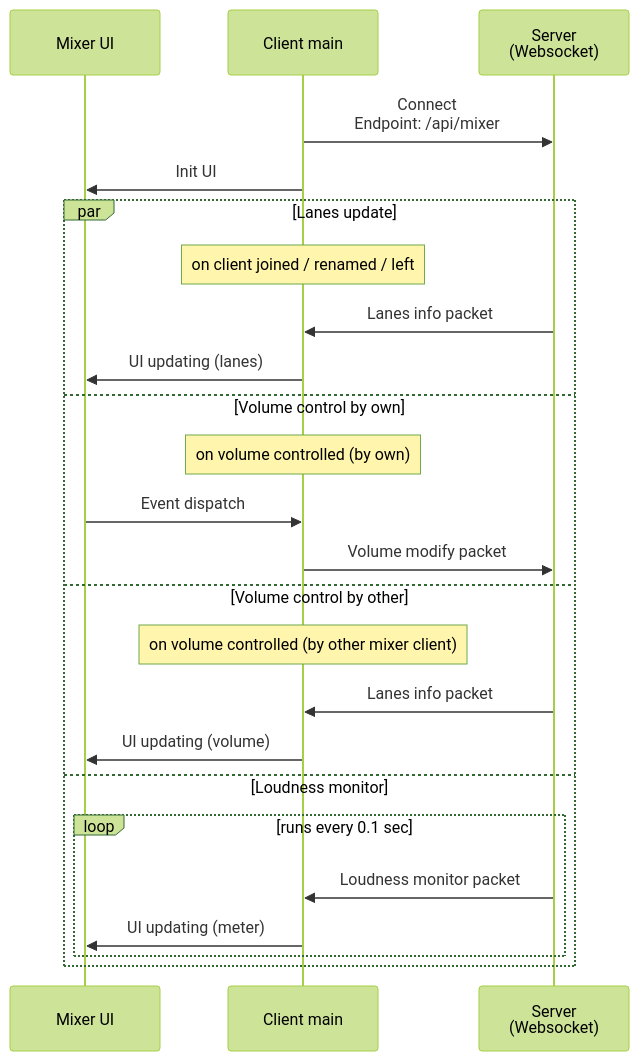
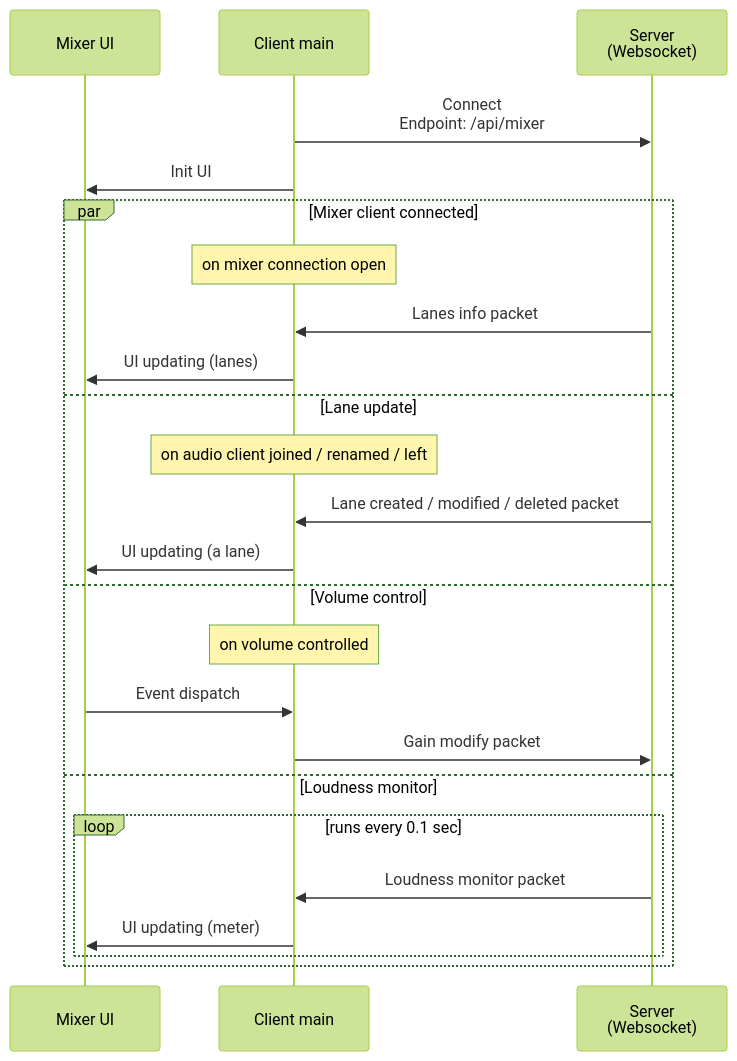
The diagram in designs/mixer-client-sequence.md (aKuad/web-intercom), drawn with Mermaid (forest theme) before and after one commit. The commit also changed 1 other file, not shown here.

Commit message:
Mod: Sequense documentation for `lane-created/modified/deleted` protocols addition

````diff
--- a/designs/mixer-client-sequence.md
+++ b/designs/mixer-client-sequence.md
@@ -3,28 +3,28 @@
 ```mermaid
 sequenceDiagram
   participant MU as Mixer UI
   participant CM as Client main
   participant WSS as Server<br>(Websocket)
 
   CM->>WSS: Connect<br>Endpoint: /api/mixer
   CM->>MU: Init UI
 
-  par Lanes update
-    Note over CM: on client joined / renamed / left
+  par Mixer client connected
+    Note over CM: on mixer connection open
     WSS->>CM: Lanes info packet
     CM->>MU: UI updating (lanes)
-  and Volume control by own
-    Note over CM: on volume controlled (by own)
+  and Lane update
+    Note over CM: on audio client joined / renamed / left
+    WSS->>CM: Lane created / modified / deleted packet
+    CM->>MU: UI updating (a lane)
+  and Volume control
+    Note over CM: on volume controlled
     MU->>CM: Event dispatch
-    CM->>WSS: Volume modify packet
-  and Volume control by other
-    Note over CM: on volume controlled (by other mixer client)
-    WSS->>CM: Lanes info packet
-    CM->>MU: UI updating (volume)
+    CM->>WSS: Gain modify packet
   and Loudness monitor
     loop runs every 0.1 sec
       WSS->>CM: Loudness monitor packet
       CM->>MU: UI updating (meter)
     end
   end
 ```
````
